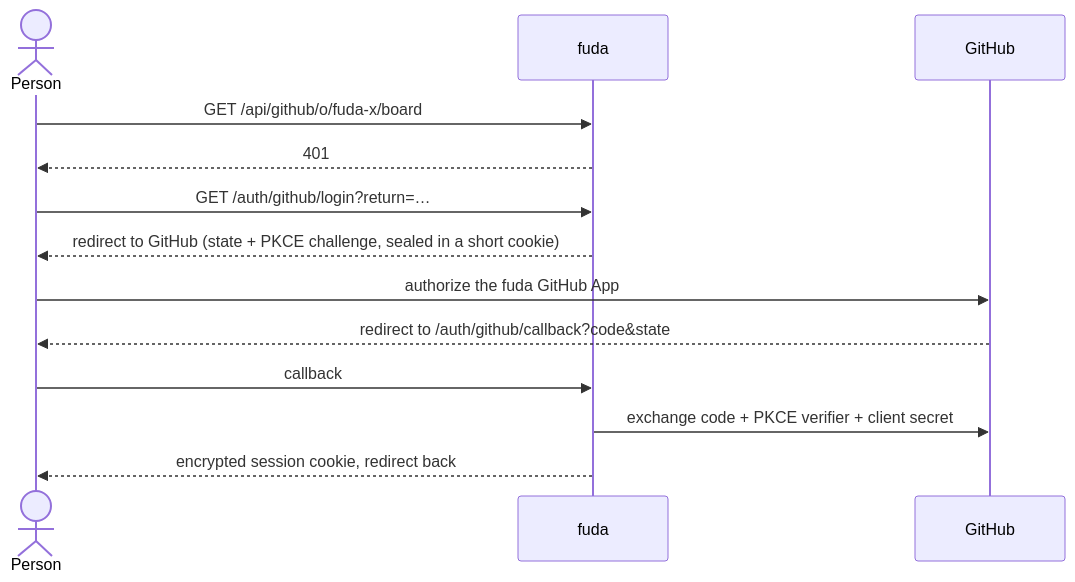
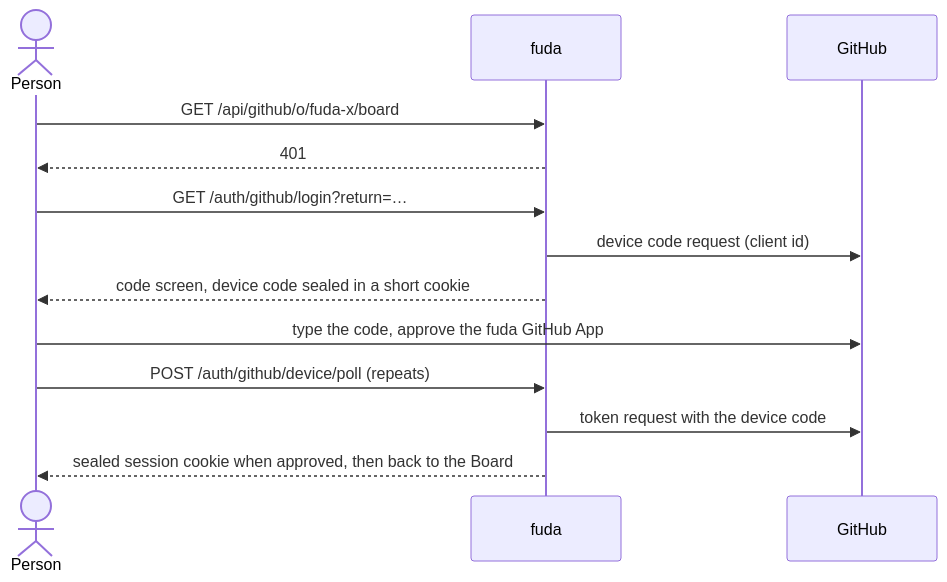
One commit to milos-sikic-nimbus-tech/fuda changed the second of 6 diagrams in docs/architecture.md. Above: the diagram before and after it, drawn with Mermaid. The commit also changed other lines of this file and 24 other files, not shown here.

First line of the commit message:
GitHub login uses device flow on web and desktop

````diff
--- a/docs/architecture.md
+++ b/docs/architecture.md
@@ -95,15 +99,15 @@
 ```mermaid
 sequenceDiagram
   actor U as Person
   participant F as fuda
   participant G as GitHub
   U->>F: GET /api/github/o/fuda-x/board
   F-->>U: 401
   U->>F: GET /auth/github/login?return=…
-  F-->>U: redirect to GitHub (state + PKCE challenge, sealed in a short cookie)
-  U->>G: authorize the fuda GitHub App
-  G-->>U: redirect to /auth/github/callback?code&state
-  U->>F: callback
-  F->>G: exchange code + PKCE verifier + client secret
-  F-->>U: encrypted session cookie, redirect back
+  F->>G: device code request (client id)
+  F-->>U: code screen, device code sealed in a short cookie
+  U->>G: type the code, approve the fuda GitHub App
+  U->>F: POST /auth/github/device/poll (repeats)
+  F->>G: token request with the device code
+  F-->>U: sealed session cookie when approved, then back to the Board
 ```
````
